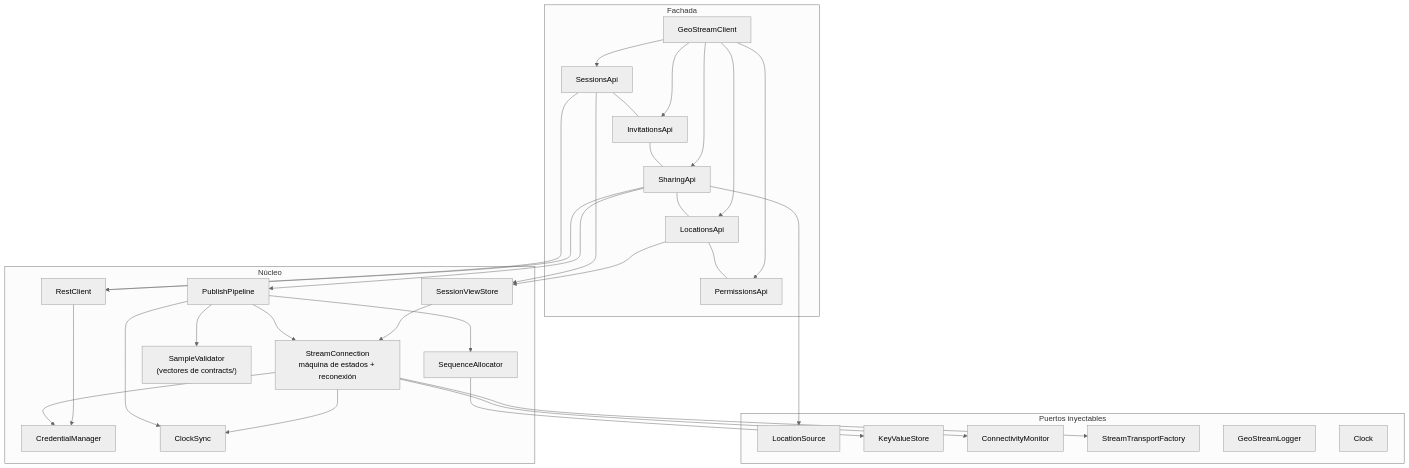
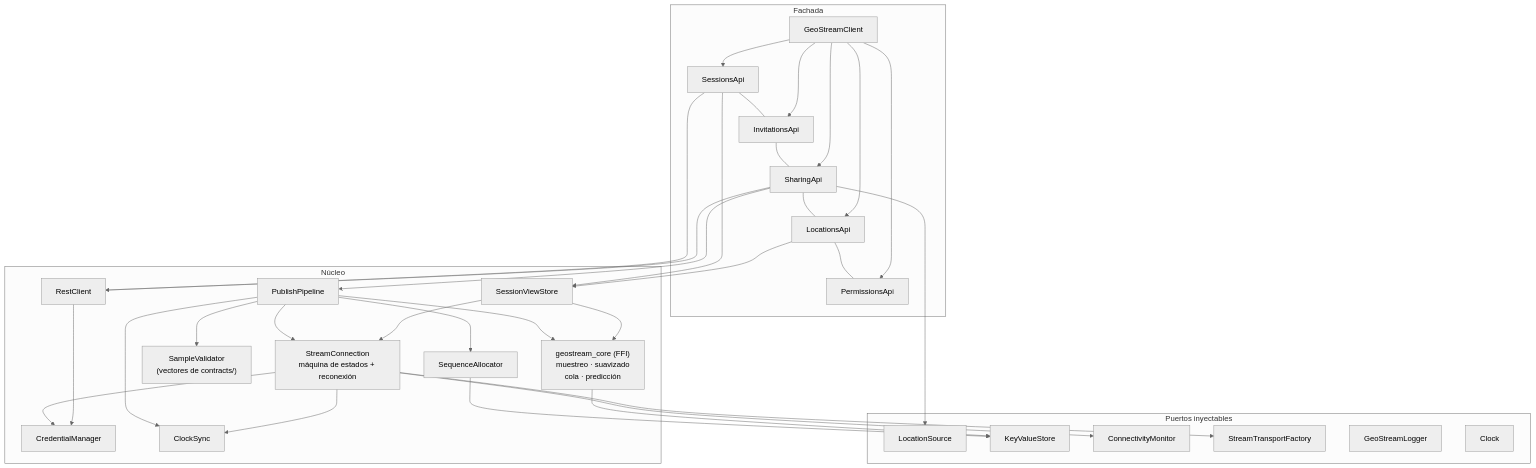
Before and after one commit to angelnereira/GeoStream: the diagram in docs/12_FLUTTER_SDK.md, drawn with Mermaid (neutral theme). The commit also changed other lines of this file and 17 other files, not shown here.

````diff
--- a/docs/12_FLUTTER_SDK.md
+++ b/docs/12_FLUTTER_SDK.md
@@ -23,34 +26,36 @@
 ```mermaid
 flowchart TB
   subgraph Fachada
     C[GeoStreamClient]
     SA[SessionsApi] --- IA[InvitationsApi] --- SH[SharingApi] --- LA[LocationsApi] --- PA[PermissionsApi]
   end
   subgraph Núcleo
     REST[RestClient]
     CRED[CredentialManager]
     CONN[StreamConnection<br/>máquina de estados + reconexión]
     CLK[ClockSync]
     SEQ[SequenceAllocator]
     PUB[PublishPipeline]
     VIEW[SessionViewStore]
     VAL["SampleValidator<br/>(vectores de contracts/)"]
+    CORE["geostream_core (FFI)<br/>muestreo · suavizado<br/>cola · predicción"]
   end
   subgraph Plataforma["Puertos inyectables"]
     LOC[LocationSource]
     KV[KeyValueStore]
     NET[ConnectivityMonitor]
     TR[StreamTransportFactory]
     LOG[GeoStreamLogger]
     CLOCK[Clock]
   end
   C --> SA & IA & SH & LA & PA
   SA --> REST & VIEW
   SH --> REST & PUB & LOC
   LA --> VIEW
-  PUB --> SEQ & CLK & CONN & VAL
-  VIEW --> CONN
+  PUB --> SEQ & CLK & CONN & VAL & CORE
+  VIEW --> CONN & CORE
   CONN --> TR & CRED & CLK & NET
   REST --> CRED
   SEQ --> KV
+  CORE --> KV
 ```
````
